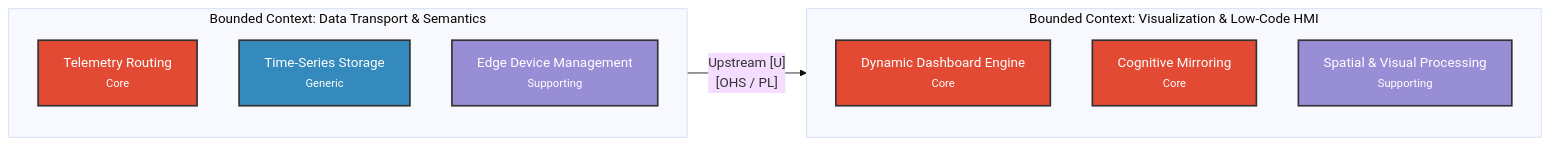
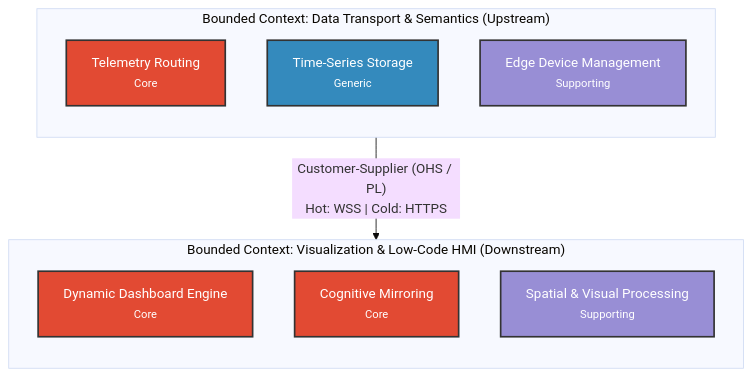
Before and after one commit to Novav20/The-Meridian-Grid: the diagram in docs/02-SI-Requirements/Domain-Context-Map.md, drawn with Mermaid (base theme). The commit also changed 3 other files, not shown here.

````diff
--- a/docs/02-SI-Requirements/Domain-Context-Map.md
+++ b/docs/02-SI-Requirements/Domain-Context-Map.md
@@ -5,20 +5,22 @@
 ```mermaid
-graph LR
+graph TB
     classDef core fill:#e24a33,stroke:#333,stroke-width:2px,color:#fff
     classDef generic fill:#348ABD,stroke:#333,stroke-width:2px,color:#fff
     classDef supporting fill:#988ED5,stroke:#333,stroke-width:2px,color:#fff
 
-    subgraph BC1 [Bounded Context: Data Transport & Semantics]
-        A[Telemetry Routing<br/><small>Core</small>]:::core
-        B[Time-Series Storage<br/><small>Generic</small>]:::generic
-        C[Edge Device Management<br/><small>Supporting</small>]:::supporting
+    subgraph BC1 ["Bounded Context: Data Transport & Semantics (Upstream)"]
+        direction TB
+        A["Telemetry Routing<br/><small>Core</small>"]:::core
+        B["Time-Series Storage<br/><small>Generic</small>"]:::generic
+        C["Edge Device Management<br/><small>Supporting</small>"]:::supporting
     end
 
-    subgraph BC2 [Bounded Context: Visualization & Low-Code HMI]
-        D[Dynamic Dashboard Engine<br/><small>Core</small>]:::core
-        E[Cognitive Mirroring<br/><small>Core</small>]:::core
-        F[Spatial & Visual Processing<br/><small>Supporting</small>]:::supporting
+    subgraph BC2 ["Bounded Context: Visualization & Low-Code HMI (Downstream)"]
+        direction TB
+        D["Dynamic Dashboard Engine<br/><small>Core</small>"]:::core
+        E["Cognitive Mirroring<br/><small>Core</small>"]:::core
+        F["Spatial & Visual Processing<br/><small>Supporting</small>"]:::supporting
     end
 
-    BC1 -->|"Upstream [U]<br>[OHS / PL]"| BC2
+    BC1 -->|"Customer-Supplier (OHS / PL)<br/>Hot: WSS | Cold: HTTPS"| BC2
 ```
````
